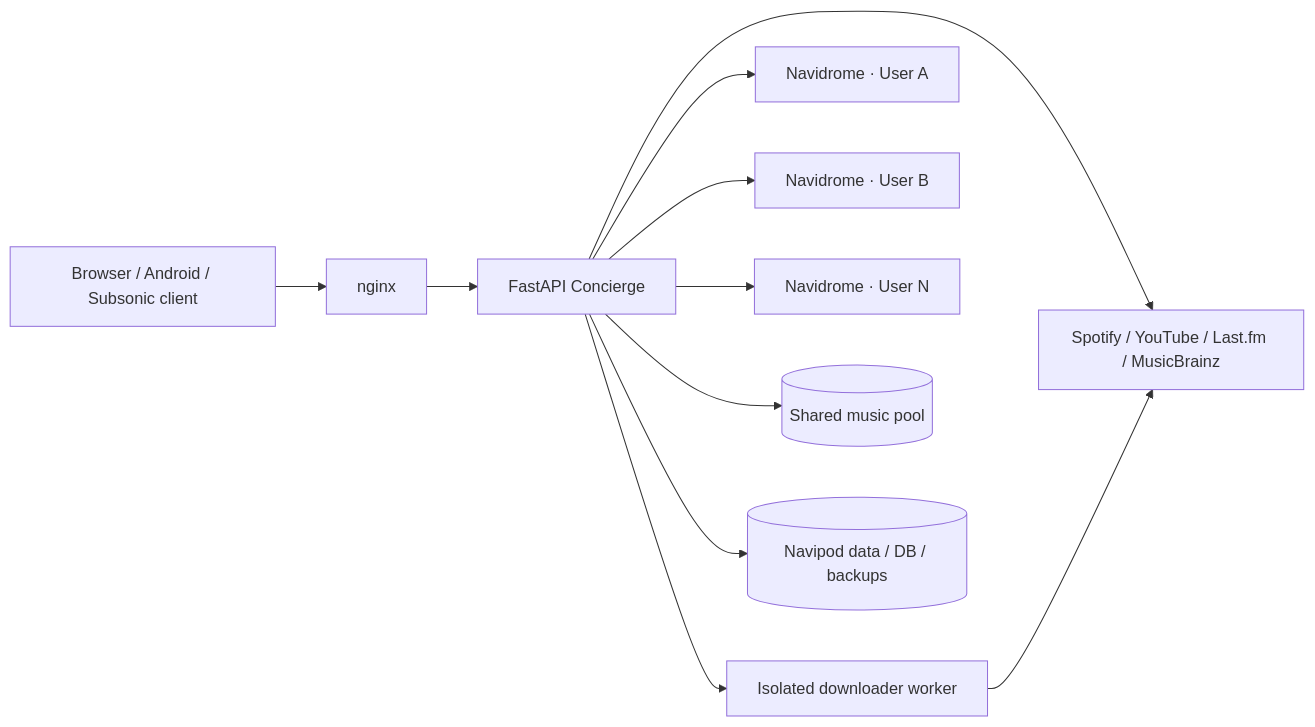
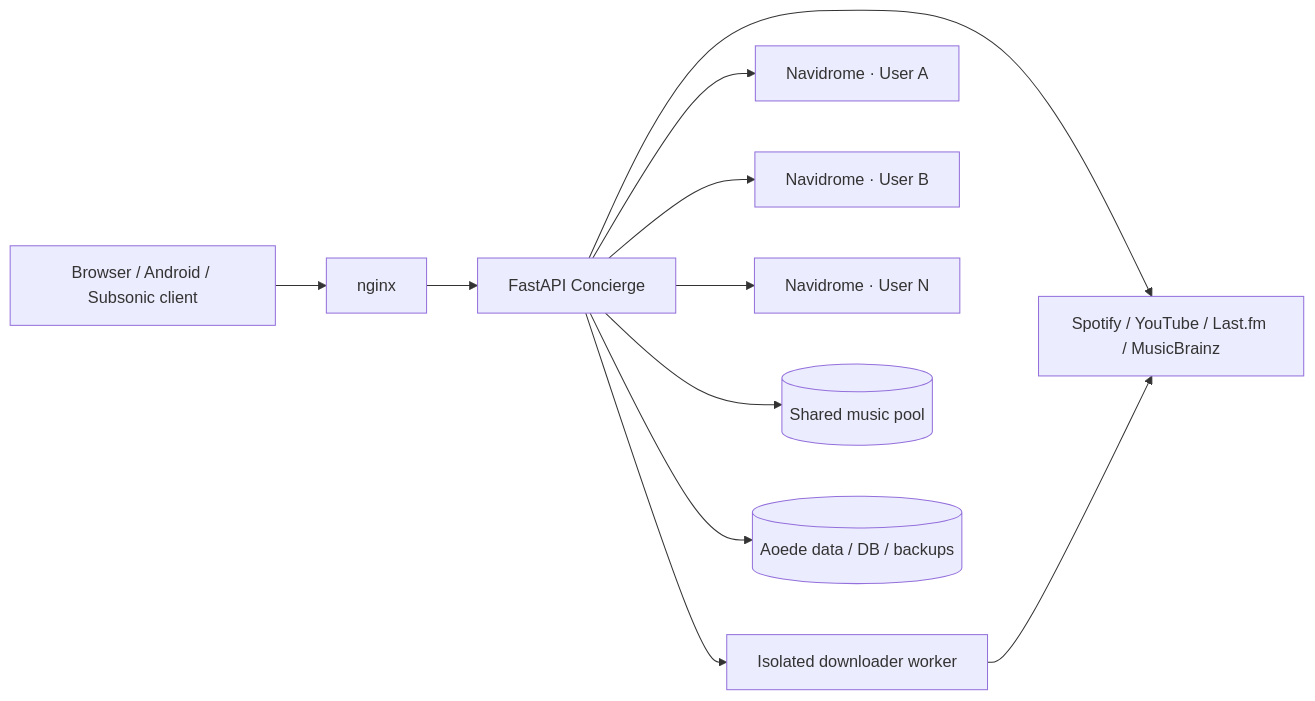
Before and after one commit to sPROFFEs/Aoede: the diagram in README.md, drawn with Mermaid. The commit also changed other lines of this file and 113 other files, not shown here.

````diff
--- a/README.md
+++ b/README.md
@@ -111,13 +111,13 @@
 ```mermaid
 flowchart LR
     C[Browser / Android / Subsonic client] --> N[nginx]
     N --> F[FastAPI Concierge]
     F --> W[Isolated downloader worker]
     F --> U1[Navidrome · User A]
     F --> U2[Navidrome · User B]
     F --> UX[Navidrome · User N]
     F --> P[(Shared music pool)]
-    F --> D[(Navipod data / DB / backups)]
+    F --> D[(Aoede data / DB / backups)]
     F --> R[Spotify / YouTube / Last.fm / MusicBrainz]
     W --> R
 ```
````
